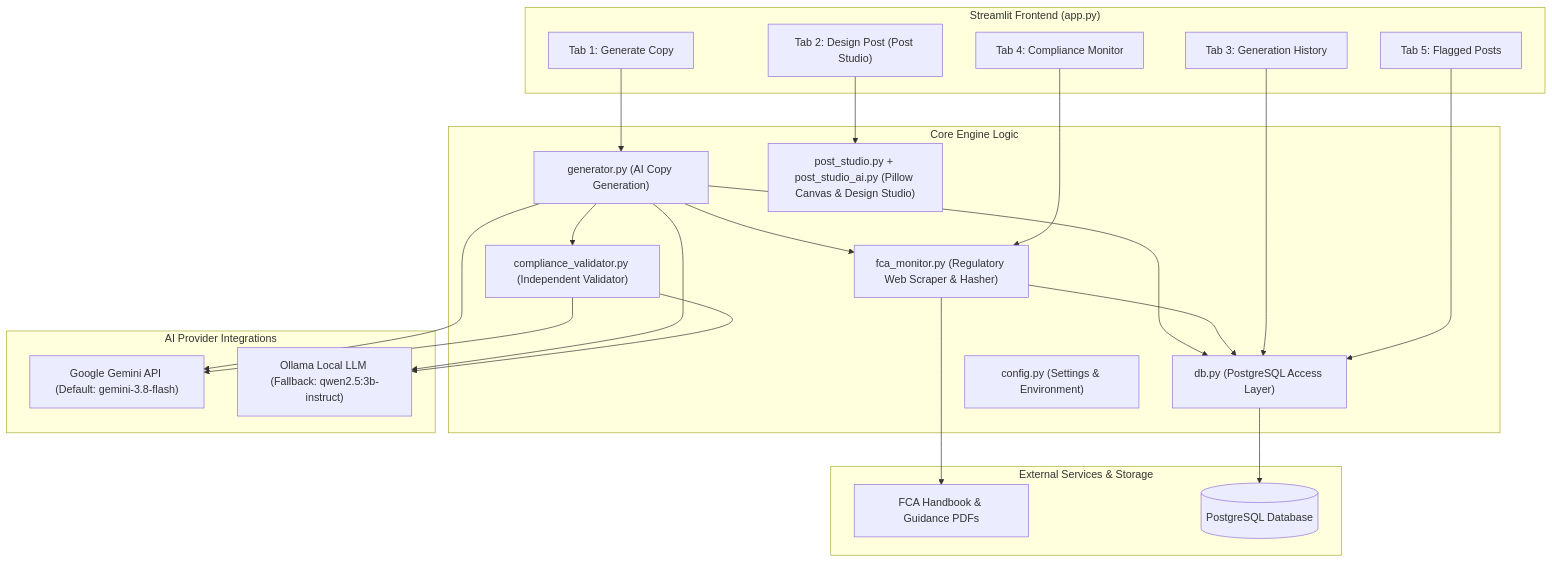
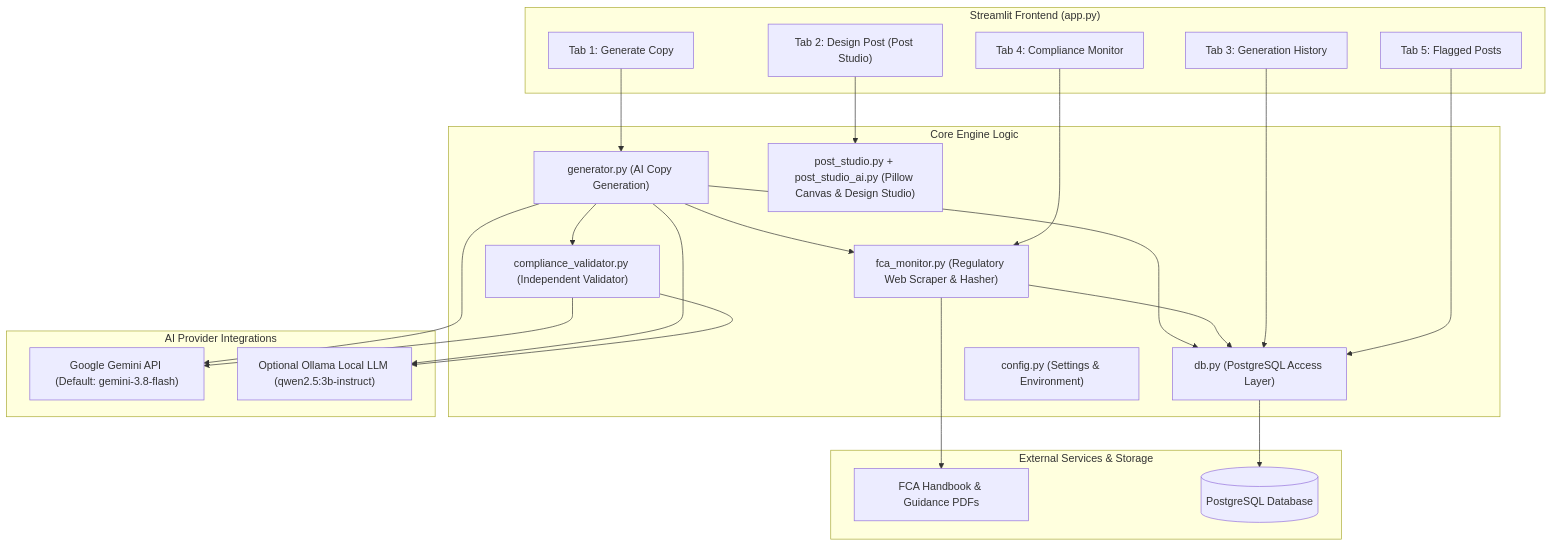
Before and after one commit to Humzah-kiani/fca_marketing_app: the first of 2 diagrams in fca_marketing_app_documentation.md, drawn with Mermaid. The commit also changed other lines of this file and 8 other files, not shown here.

````diff
--- a/fca_marketing_app_documentation.md
+++ b/fca_marketing_app_documentation.md
@@ -18,48 +18,48 @@
 ```mermaid
 flowchart TD
     subgraph UI ["Streamlit Frontend (app.py)"]
         T1["Tab 1: Generate Copy"]
         T2["Tab 2: Design Post (Post Studio)"]
         T3["Tab 3: Generation History"]
         T4["Tab 4: Compliance Monitor"]
         T5["Tab 5: Flagged Posts"]
     end
 
     subgraph Core ["Core Engine Logic"]
         GEN["generator.py (AI Copy Generation)"]
         VAL["compliance_validator.py (Independent Validator)"]
         MON["fca_monitor.py (Regulatory Web Scraper & Hasher)"]
         PS["post_studio.py + post_studio_ai.py (Pillow Canvas & Design Studio)"]
         DB["db.py (PostgreSQL Access Layer)"]
         CFG["config.py (Settings & Environment)"]
     end
 
     subgraph AI ["AI Provider Integrations"]
         GEM["Google Gemini API (Default: gemini-3.8-flash)"]
-        OLL["Ollama Local LLM (Fallback: qwen2.5:3b-instruct)"]
+        OLL["Optional Ollama Local LLM (qwen2.5:3b-instruct)"]
     end
 
     subgraph External ["External Services & Storage"]
         FCA_WEB["FCA Handbook & Guidance PDFs"]
         PG_DB[("PostgreSQL Database")]
     end
 
     T1 --> GEN
     GEN --> MON
     GEN --> GEM
     GEN --> OLL
     GEN --> VAL
     VAL --> GEM
     VAL --> OLL
     GEN --> DB
     
     T2 --> PS
     
     T4 --> MON
     MON --> FCA_WEB
     MON --> DB
     
     T3 --> DB
     T5 --> DB
     DB --> PG_DB
 ```
````
